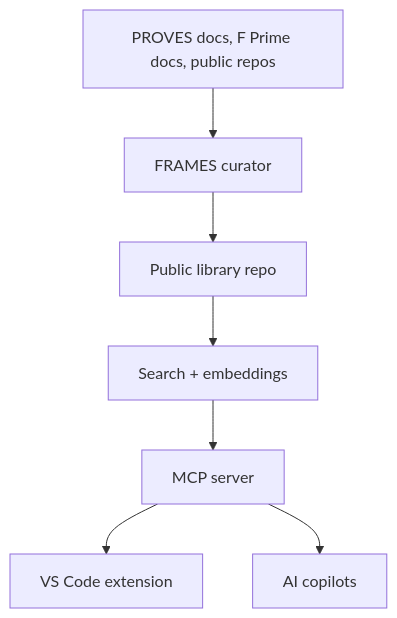
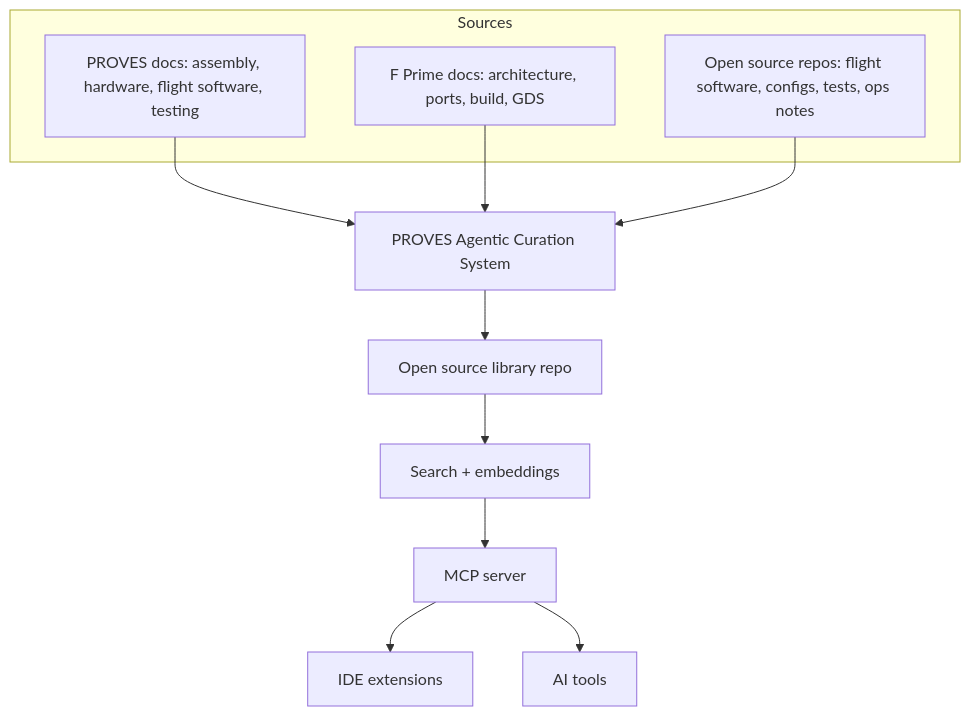
One commit to Lizo-RoadTown/proveskit-agent changed the first of 2 diagrams in pages/technical.md. Above: the diagram before and after it, drawn with Mermaid. The commit also changed other lines of this file and 7 other files, not shown here.

Commit message:
Align copy with MCP library and risk scan scope

````diff
--- a/pages/technical.md
+++ b/pages/technical.md
@@ -21,9 +19,16 @@
 ```mermaid
 graph TB
-  Sources[PROVES docs, F Prime docs, public repos] --> Curator[FRAMES curator]
-  Curator --> Library[Public library repo]
+  subgraph Sources
+    ProvesDocs[PROVES docs: assembly, hardware, flight software, testing]
+    FPrimeDocs[F Prime docs: architecture, ports, build, GDS]
+    OSSRepos[Open source repos: flight software, configs, tests, ops notes]
+  end
+  ProvesDocs --> Curator[PROVES Agentic Curation System]
+  FPrimeDocs --> Curator
+  OSSRepos --> Curator
+  Curator --> Library[Open source library repo]
   Library --> Index[Search + embeddings]
   Index --> MCP[MCP server]
-  MCP --> VSCode[VS Code extension]
-  MCP --> AI[AI copilots]
+  MCP --> IDE[IDE extensions]
+  MCP --> AI[AI tools]
 ```
````
